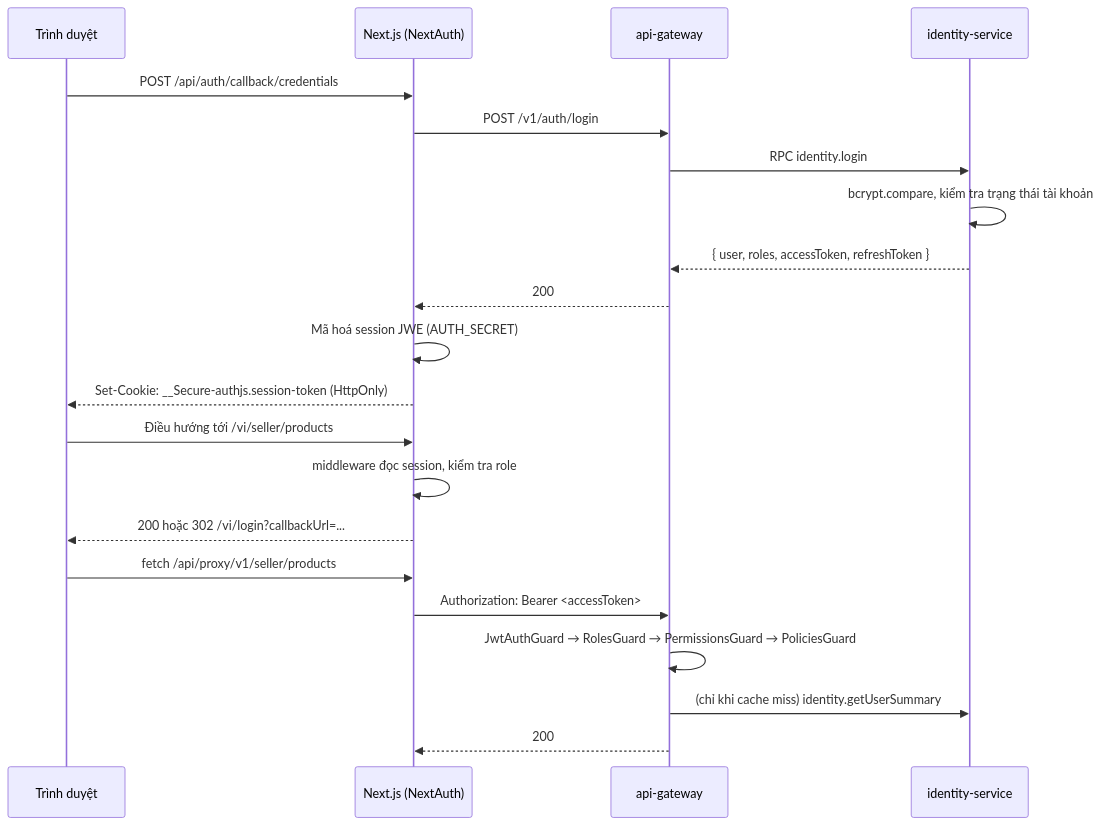
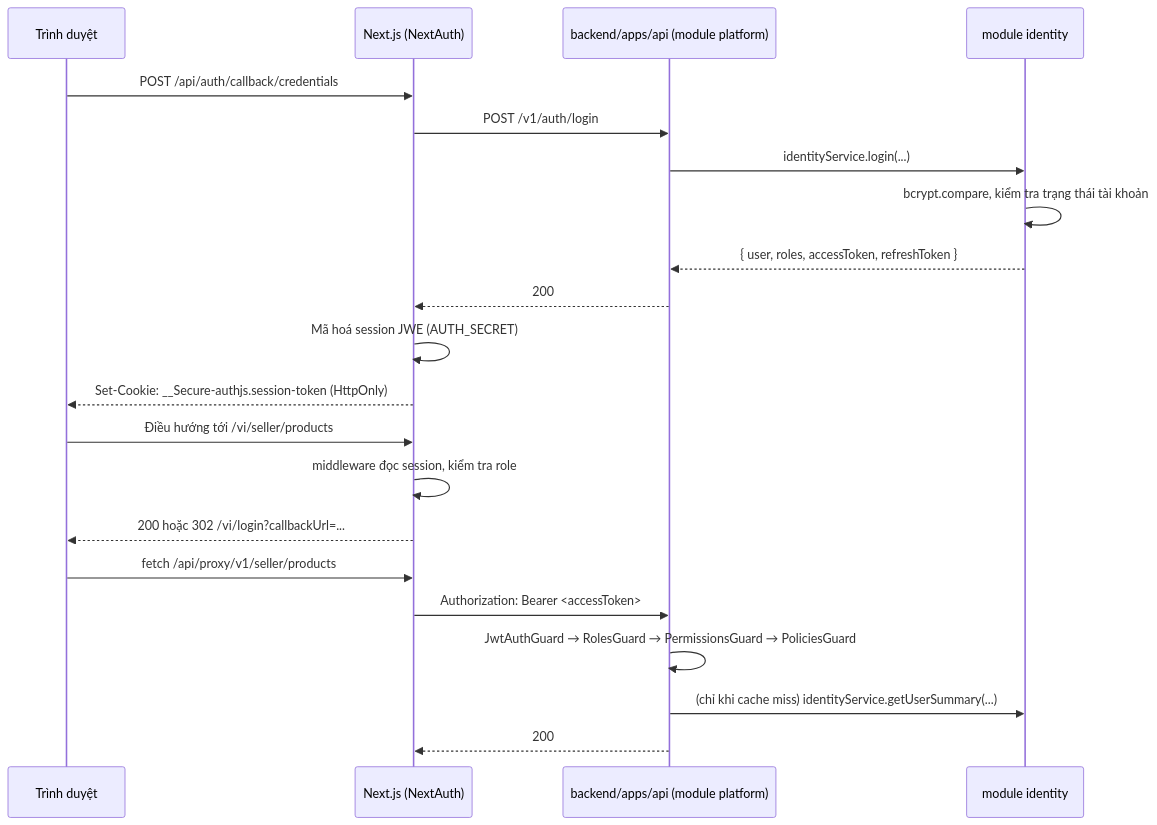
One commit to timmy277/timmyhub changed the first of 3 diagrams in docs/01-architecture/security.md. Above: the diagram before and after it, drawn with Mermaid. The commit also changed other lines of this file and 34 other files, not shown here.

````diff
--- a/docs/01-architecture/security.md
+++ b/docs/01-architecture/security.md
@@ -30,26 +35,26 @@
 ```mermaid
 sequenceDiagram
     participant B as Trình duyệt
     participant N as Next.js (NextAuth)
-    participant G as api-gateway
-    participant I as identity-service
+    participant Api as backend/apps/api (module platform)
+    participant Id as module identity
 
     B->>N: POST /api/auth/callback/credentials
-    N->>G: POST /v1/auth/login
-    G->>I: RPC identity.login
-    I->>I: bcrypt.compare, kiểm tra trạng thái tài khoản
-    I-->>G: { user, roles, accessToken, refreshToken }
-    G-->>N: 200
+    N->>Api: POST /v1/auth/login
+    Api->>Id: identityService.login(...)
+    Id->>Id: bcrypt.compare, kiểm tra trạng thái tài khoản
+    Id-->>Api: { user, roles, accessToken, refreshToken }
+    Api-->>N: 200
     N->>N: Mã hoá session JWE (AUTH_SECRET)
     N-->>B: Set-Cookie: __Secure-authjs.session-token (HttpOnly)
 
     B->>N: Điều hướng tới /vi/seller/products
     N->>N: middleware đọc session, kiểm tra role
     N-->>B: 200 hoặc 302 /vi/login?callbackUrl=...
 
     B->>N: fetch /api/proxy/v1/seller/products
-    N->>G: Authorization: Bearer <accessToken>
-    G->>G: JwtAuthGuard → RolesGuard → PermissionsGuard → PoliciesGuard
-    G->>I: (chỉ khi cache miss) identity.getUserSummary
-    G-->>N: 200
+    N->>Api: Authorization: Bearer <accessToken>
+    Api->>Api: JwtAuthGuard → RolesGuard → PermissionsGuard → PoliciesGuard
+    Api->>Id: (chỉ khi cache miss) identityService.getUserSummary(...)
+    Api-->>N: 200
 ```
````
